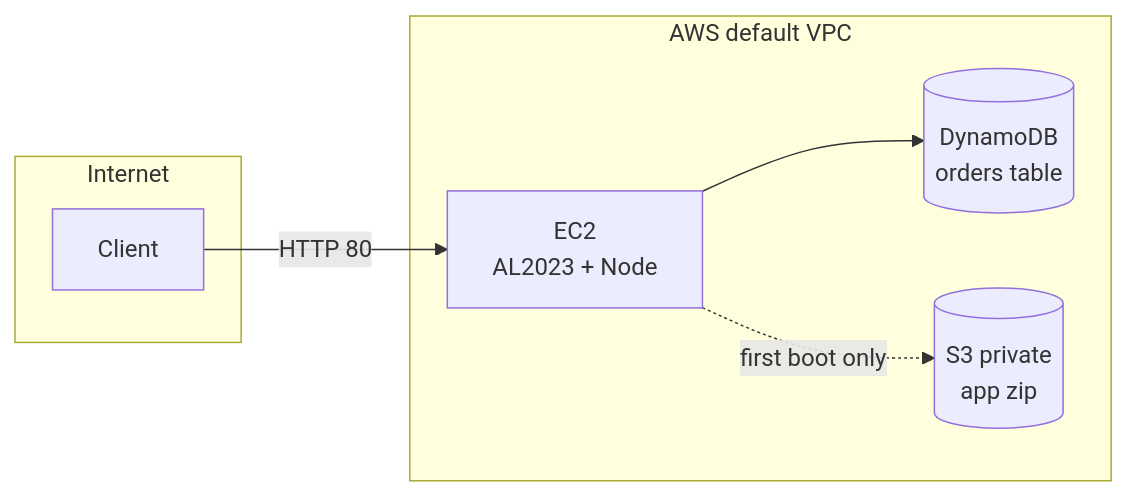
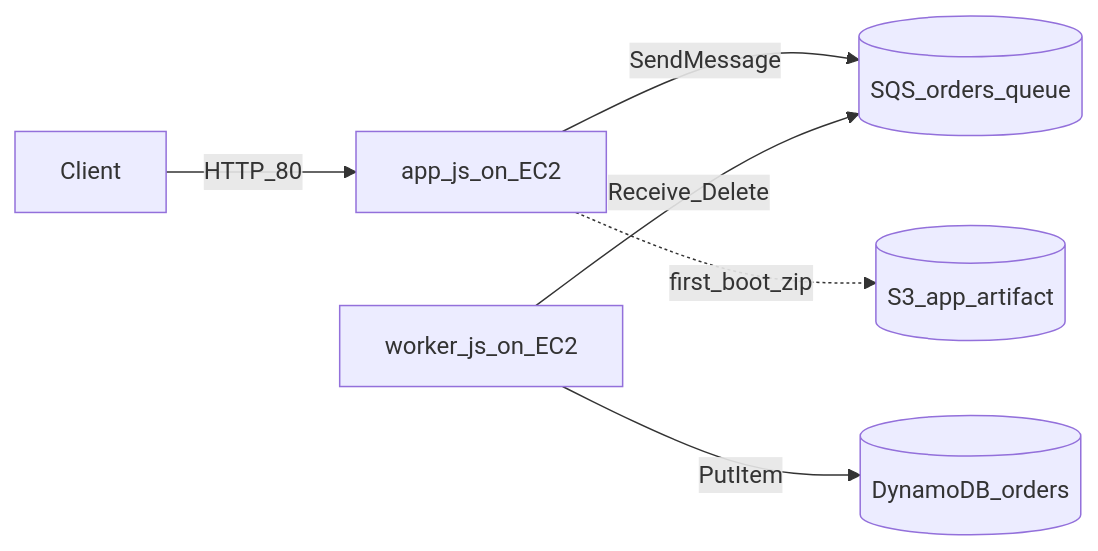
Before and after one commit to abdelalnajjar/PrimeCart: the diagram in deploy/README.md, drawn with Mermaid. The commit also changed other lines of this file and 3 other files, not shown here.

````diff
--- a/deploy/README.md
+++ b/deploy/README.md
@@ -35,11 +42,8 @@
 ```mermaid
 flowchart LR
-  subgraph Internet
-    C[Client]
-  end
-  subgraph AWS["AWS default VPC"]
-    C -->|HTTP 80| EC2["EC2\nAL2023 + Node"]
-    EC2 --> DDB[(DynamoDB\norders table)]
-    EC2 -.->|first boot only| S3zip[(S3 private\napp zip)]
-  end
+  C[Client] -->|HTTP_80| App[app_js_on_EC2]
+  App -->|SendMessage| Q[(SQS_orders_queue)]
+  Worker[worker_js_on_EC2] -->|Receive_Delete| Q
+  Worker -->|PutItem| DDB[(DynamoDB_orders)]
+  App -.->|first_boot_zip| S3zip[(S3_app_artifact)]
 ```
````
